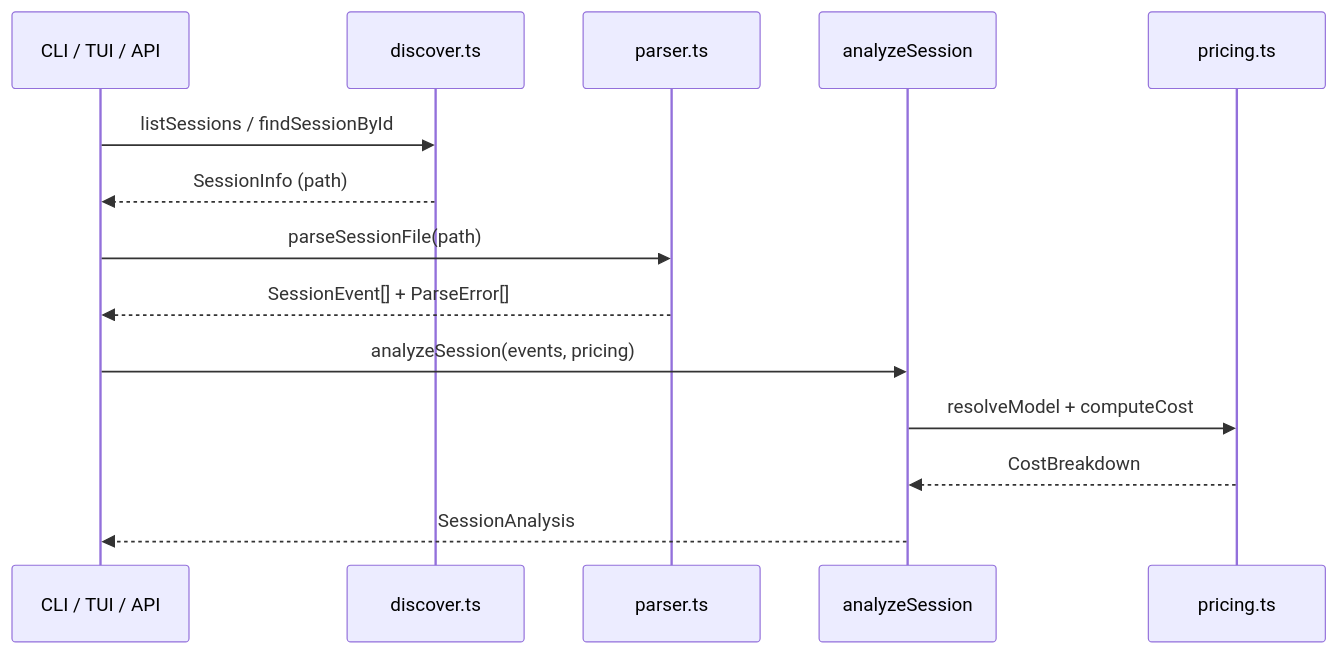
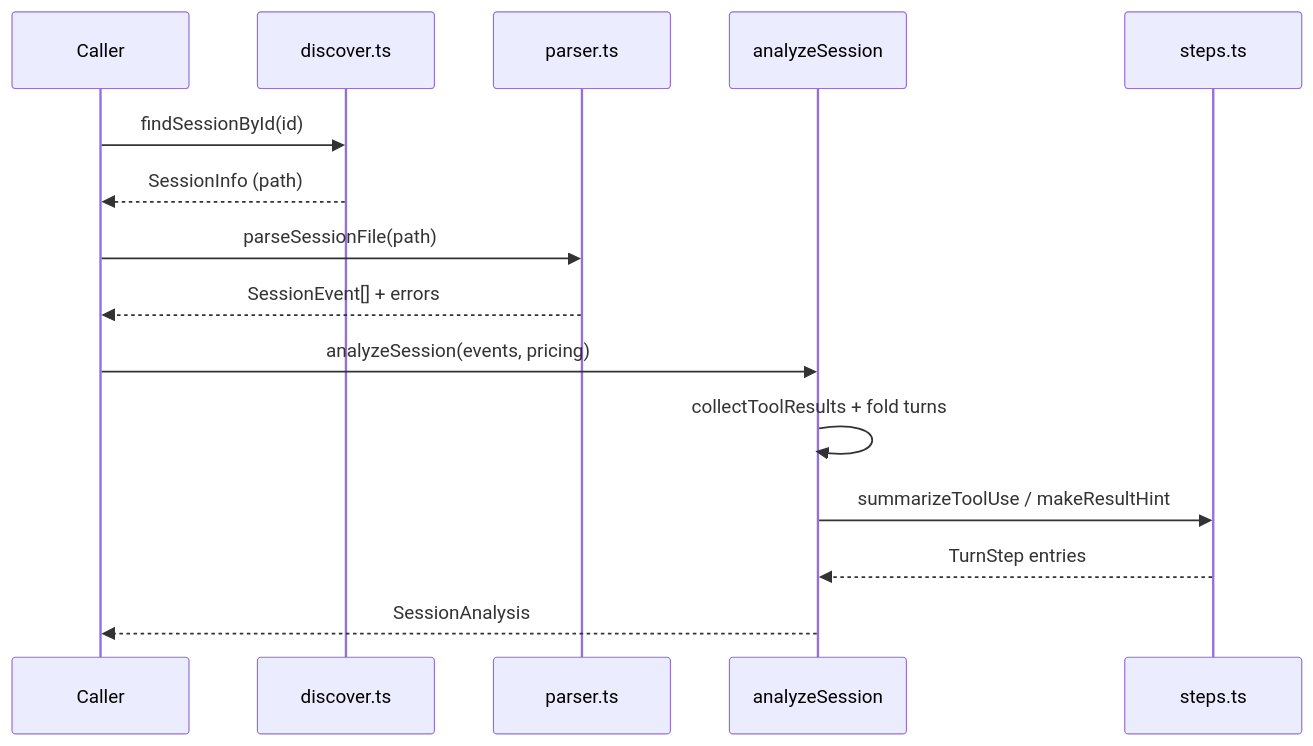
Before and after one commit to yorch/cc-analyzer: the second of 2 diagrams in wiki/2-core-analysis-engine.md, drawn with Mermaid. The commit also changed other lines of this file and 16 other files, not shown here.

````diff
--- a/wiki/2-core-analysis-engine.md
+++ b/wiki/2-core-analysis-engine.md
@@ -97,17 +103,18 @@
 ```mermaid
 sequenceDiagram
-    participant Caller as CLI / TUI / API
-    participant Discover as discover.ts
-    participant Parser as parser.ts
-    participant Analyze as analyzeSession
-    participant Pricing as pricing.ts
+    participant Caller
+    participant discover as discover.ts
+    participant parser as parser.ts
+    participant analyze as analyzeSession
+    participant steps as steps.ts
 
-    Caller->>Discover: listSessions / findSessionById
-    Discover-->>Caller: SessionInfo (path)
-    Caller->>Parser: parseSessionFile(path)
-    Parser-->>Caller: SessionEvent[] + ParseError[]
-    Caller->>Analyze: analyzeSession(events, pricing)
-    Analyze->>Pricing: resolveModel + computeCost
-    Pricing-->>Analyze: CostBreakdown
-    Analyze-->>Caller: SessionAnalysis
+    Caller->>discover: findSessionById(id)
+    discover-->>Caller: SessionInfo (path)
+    Caller->>parser: parseSessionFile(path)
+    parser-->>Caller: SessionEvent[] + errors
+    Caller->>analyze: analyzeSession(events, pricing)
+    analyze->>analyze: collectToolResults + fold turns
+    analyze->>steps: summarizeToolUse / makeResultHint
+    steps-->>analyze: TurnStep entries
+    analyze-->>Caller: SessionAnalysis
 ```
````
